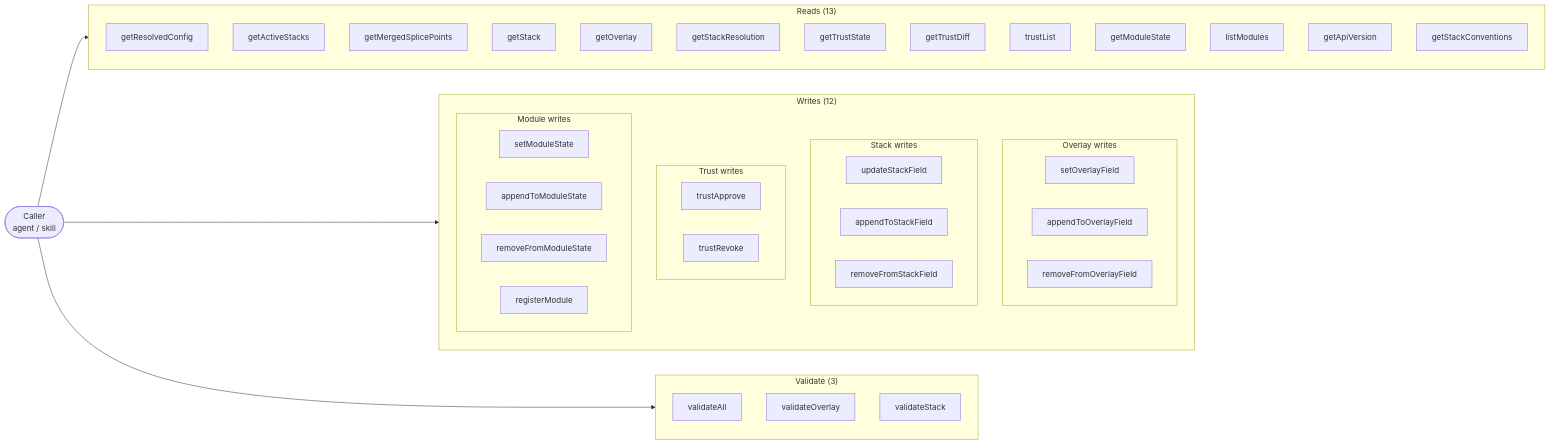
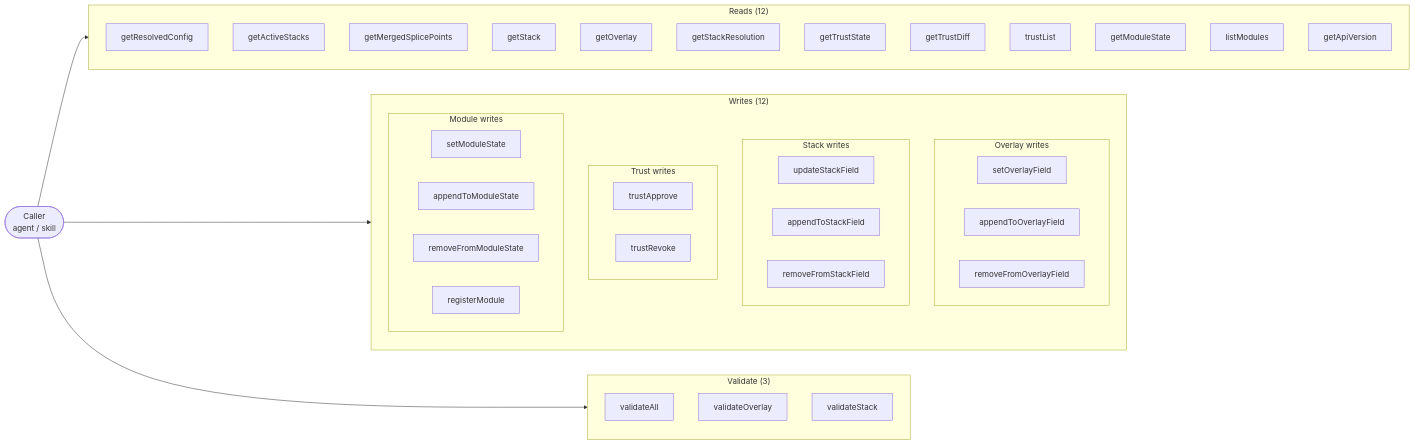
Before and after one commit to Thomas-AppForceOne/ClaudeAgents: the first of 5 diagrams in documentation/config-server.md, drawn with Mermaid. The commit also changed other lines of this file and 28 other files, not shown here.

````diff
--- a/documentation/config-server.md
+++ b/documentation/config-server.md
@@ -9,54 +9,53 @@
 ```mermaid
 flowchart LR
-    subgraph READS["Reads (13)"]
+    subgraph READS["Reads (12)"]
         direction TB
         R1["getResolvedConfig"]
         R2["getActiveStacks"]
         R3["getMergedSplicePoints"]
         R4["getStack"]
         R5["getOverlay"]
         R6["getStackResolution"]
         R7["getTrustState"]
         R8["getTrustDiff"]
         R9["trustList"]
         R10["getModuleState"]
         R11["listModules"]
         R12["getApiVersion"]
-        R13["getStackConventions"]
     end
 
     subgraph WRITES["Writes (12)"]
         direction TB
         subgraph OVW["Overlay writes"]
             W1["setOverlayField"]
             W2["appendToOverlayField"]
             W3["removeFromOverlayField"]
         end
         subgraph SKW["Stack writes"]
             W4["updateStackField"]
             W5["appendToStackField"]
             W6["removeFromStackField"]
         end
         subgraph TRW["Trust writes"]
             W7["trustApprove"]
             W8["trustRevoke"]
         end
         subgraph MOW["Module writes"]
             W9["setModuleState"]
             W10["appendToModuleState"]
             W11["removeFromModuleState"]
             W12["registerModule"]
         end
     end
 
     subgraph VALIDATE["Validate (3)"]
         direction TB
         V1["validateAll"]
         V2["validateOverlay"]
         V3["validateStack"]
     end
 
     CALLER(["Caller\nagent / skill"]) --> READS
     CALLER --> WRITES
     CALLER --> VALIDATE
 ```
````
